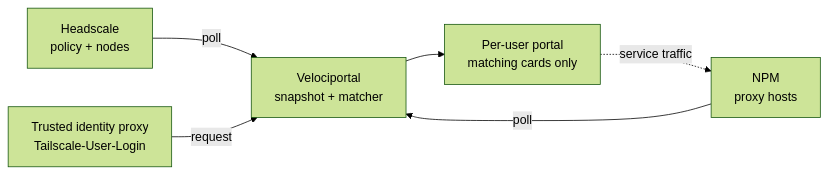
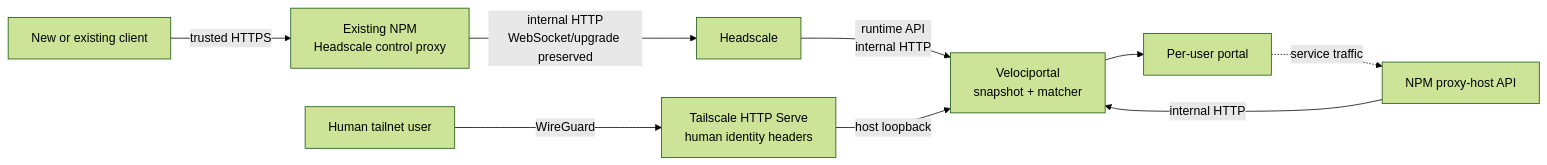
One commit to cybersader/velociportal changed the diagram in README.md. Above: the diagram before and after it, drawn with Mermaid (forest theme). The commit also changed other lines of this file and 51 other files, not shown here.

Commit message:
Implement tailnet-native private transport architecture

````diff
--- a/README.md
+++ b/README.md
@@ -52,11 +44,11 @@
 ```mermaid
 flowchart LR
-    accTitle: Velociportal architecture
-    accDescr: Headscale policy and nodes plus NPM proxy hosts form a complete in-memory snapshot. A trusted identity proxy supplies the user login. Velociportal renders matching cards, while service traffic goes directly through NPM rather than Velociportal.
-
-    HS["Headscale<br/>policy + nodes"] -->|poll| VP["Velociportal<br/>snapshot + matcher"]
-    NPM["NPM<br/>proxy hosts"] -->|poll| VP
-    Proxy["Trusted identity proxy<br/>Tailscale-User-Login"] -->|request| VP
-    VP --> Portal["Per-user portal<br/>matching cards only"]
+    Client["New or existing client"] -->|"trusted HTTPS"| NPMControl["Existing NPM<br/>Headscale control proxy"]
+    NPMControl -->|"internal HTTP<br/>WebSocket/upgrade preserved"| HS["Headscale"]
+    HS -->|"runtime API<br/>internal HTTP"| VP["Velociportal<br/>snapshot + matcher"]
+    NPM["NPM proxy-host API"] -->|"internal HTTP"| VP
+    Human["Human tailnet user"] -->|"WireGuard"| Serve["Tailscale HTTP Serve<br/>human identity headers"]
+    Serve -->|"host loopback"| VP
+    VP --> Portal["Per-user portal"]
     Portal -. "service traffic" .-> NPM
 ```
````
